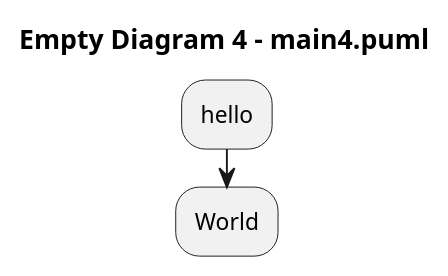
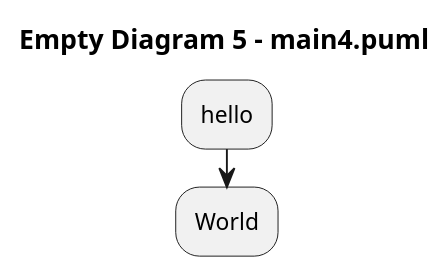
One commit to arwenvaughan/test1 changed the diagram in main4.puml. Above: the diagram before and after it, drawn with PlantUML.

Commit message:
PlantText Commit: This is number 5.

```diff
--- a/main4.puml
+++ b/main4.puml
@@ -1,7 +1,7 @@
 @startuml
 
-title Empty Diagram 4 - main4.puml
+title Empty Diagram 5 - main4.puml
 :hello;
 :World;
 
 @enduml
```
